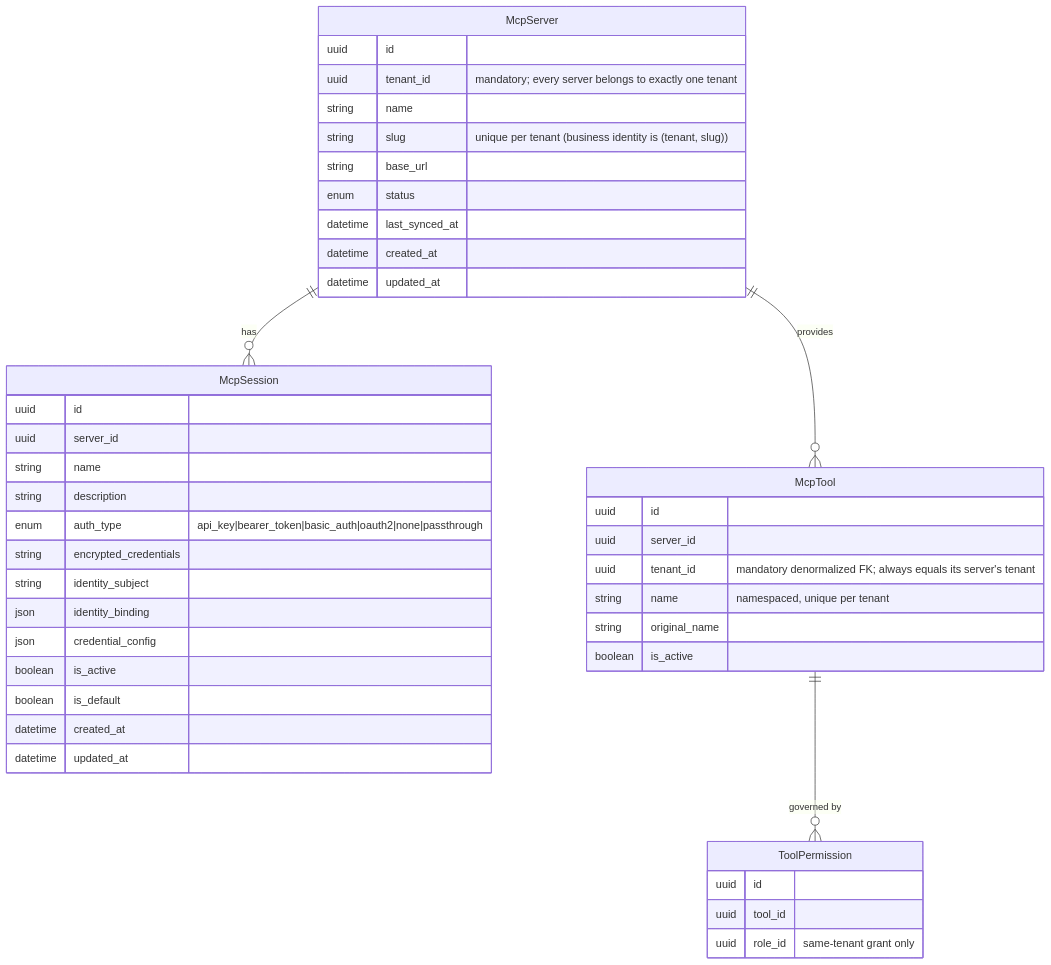
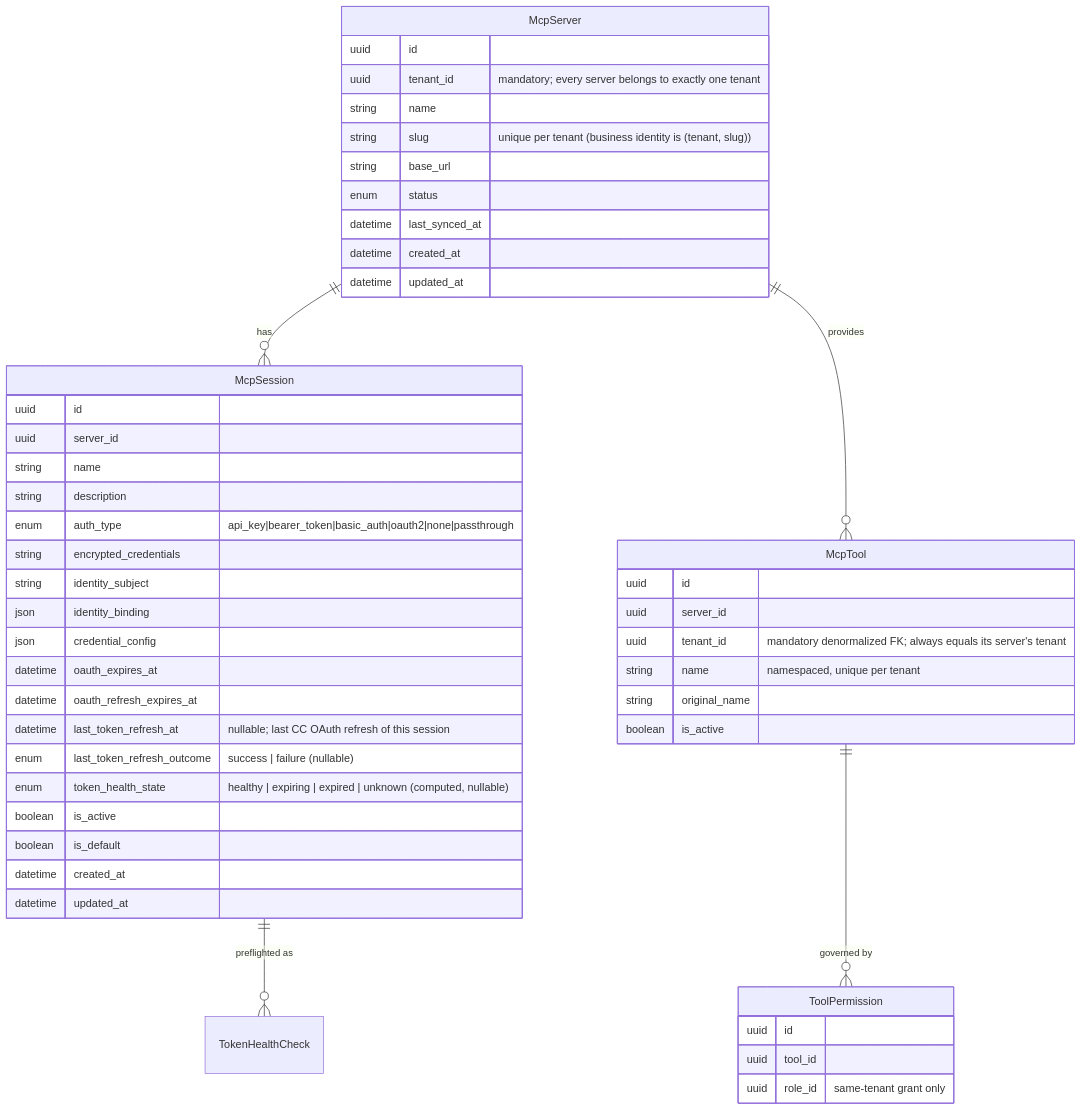
One commit to hurungang/parthenon changed the first of 2 diagrams in docs/master/data-model/modules/mcp-hub/entities.md. Above: the diagram before and after it, drawn with Mermaid. The commit also changed other lines of this file and 181 other files, not shown here.

````diff
--- a/docs/master/data-model/modules/mcp-hub/entities.md
+++ b/docs/master/data-model/modules/mcp-hub/entities.md
@@ -3,46 +3,52 @@
 ```mermaid
 erDiagram
     McpServer {
         uuid id
         uuid tenant_id "mandatory; every server belongs to exactly one tenant"
         string name
         string slug "unique per tenant (business identity is (tenant, slug))"
         string base_url
         enum status
         datetime last_synced_at
         datetime created_at
         datetime updated_at
     }
     McpSession {
         uuid id
         uuid server_id
         string name
         string description
         enum auth_type "api_key|bearer_token|basic_auth|oauth2|none|passthrough"
         string encrypted_credentials
         string identity_subject
         json identity_binding
         json credential_config
+        datetime oauth_expires_at
+        datetime oauth_refresh_expires_at
+        datetime last_token_refresh_at "nullable; last CC OAuth refresh of this session"
+        enum last_token_refresh_outcome "success | failure (nullable)"
+        enum token_health_state "healthy | expiring | expired | unknown (computed, nullable)"
         boolean is_active
         boolean is_default
         datetime created_at
         datetime updated_at
     }
     McpTool {
         uuid id
         uuid server_id
         uuid tenant_id "mandatory denormalized FK; always equals its server's tenant"
         string name "namespaced, unique per tenant"
         string original_name
         boolean is_active
     }
     ToolPermission {
         uuid id
         uuid tool_id
         uuid role_id "same-tenant grant only"
     }
 
     McpServer ||--o{ McpSession : "has"
     McpServer ||--o{ McpTool : "provides"
     McpTool ||--o{ ToolPermission : "governed by"
+    McpSession ||--o{ TokenHealthCheck : "preflighted as"
 ```
````
